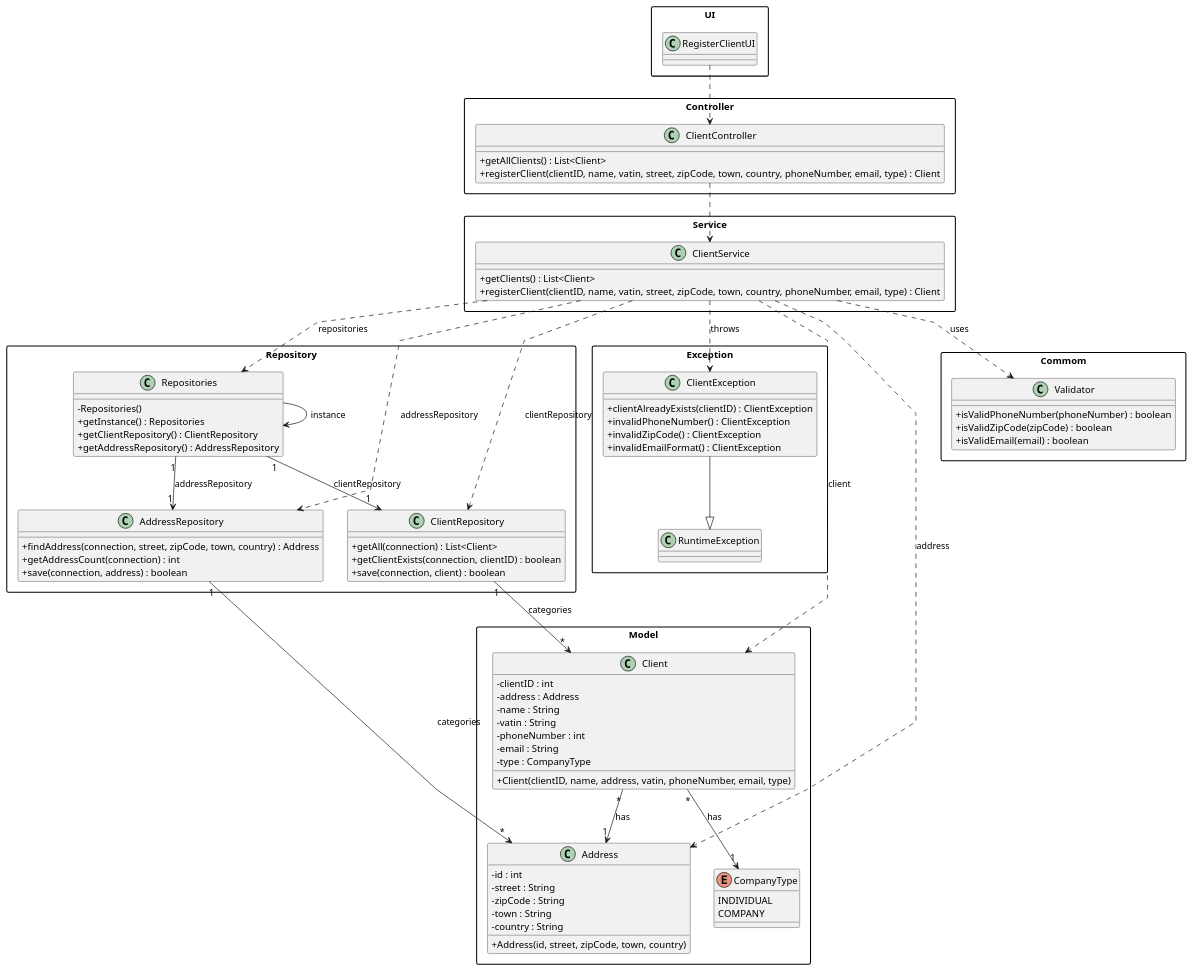
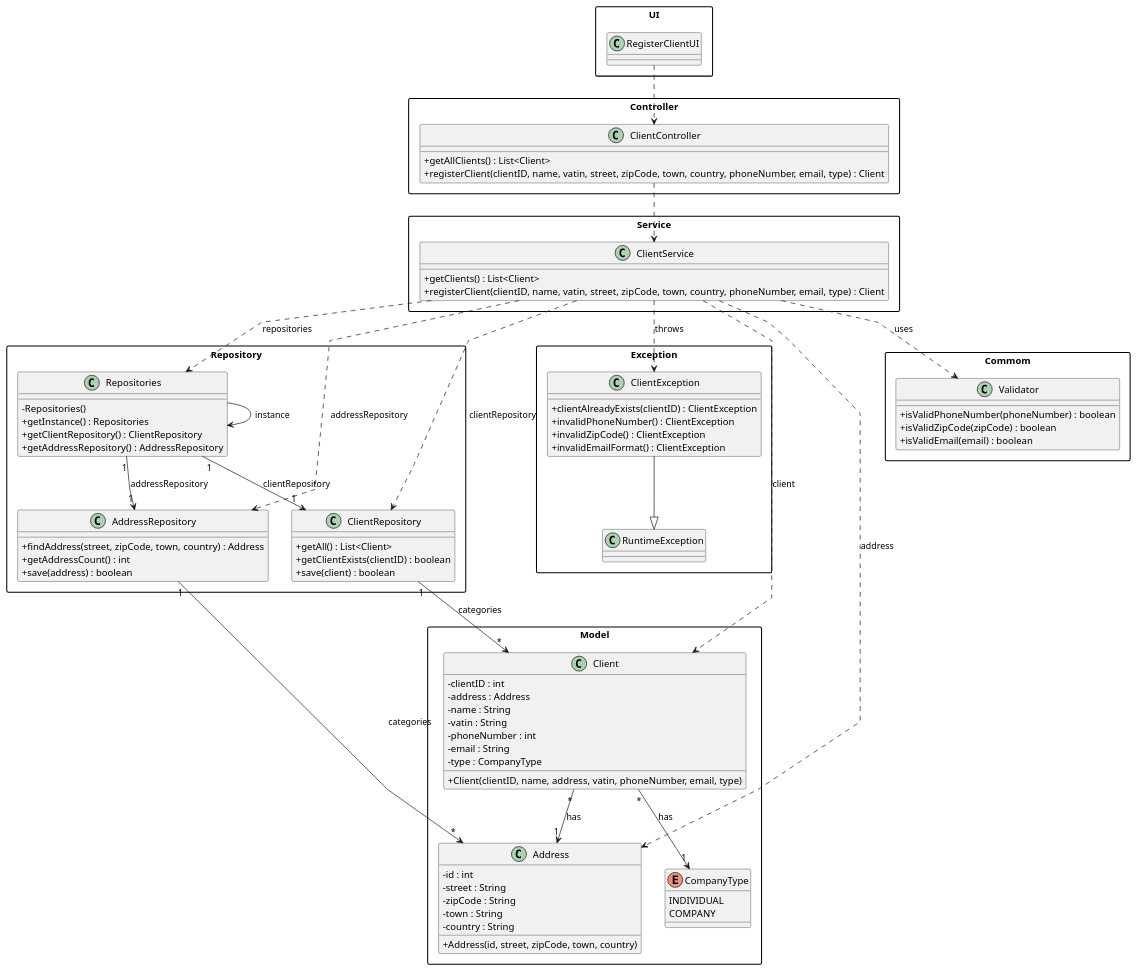
Before and after one commit to daniel41silva05/Production_Control_Industrial_ISEP: the diagram in documentation/user-stories/us001/03.design/puml/us001-class-diagram.puml, drawn with PlantUML. The commit also changed 7 other files, not shown here.

```diff
--- a/documentation/user-stories/us001/03.design/puml/us001-class-diagram.puml
+++ b/documentation/user-stories/us001/03.design/puml/us001-class-diagram.puml
@@ -1,112 +1,112 @@
 @startuml
 skinparam packageStyle rectangle
 skinparam shadowing false
 skinparam linetype polyline
 skinparam classAttributeIconSize 0
 
 package "UI" {
     class RegisterClientUI {
     }
 }
 
 package "Controller" {
     class ClientController {
         +getAllClients() : List<Client>
         +registerClient(clientID, name, vatin, street, zipCode, town, country, phoneNumber, email, type) : Client
     }
 }
 
 package "Service" {
     class ClientService {
         +getClients() : List<Client>
         +registerClient(clientID, name, vatin, street, zipCode, town, country, phoneNumber, email, type) : Client
     }
 }
 
 package "Repository" {
     class Repositories {
         -Repositories()
         +getInstance() : Repositories
         +getClientRepository() : ClientRepository
         +getAddressRepository() : AddressRepository
     }
 
     class ClientRepository {
-        +getAll(connection) : List<Client>
-        +getClientExists(connection, clientID) : boolean
-        +save(connection, client) : boolean
+        +getAll() : List<Client>
+        +getClientExists(clientID) : boolean
+        +save(client) : boolean
     }
 
     class AddressRepository {
-        +findAddress(connection, street, zipCode, town, country) : Address
-        +getAddressCount(connection) : int
-        +save(connection, address) : boolean
+        +findAddress(street, zipCode, town, country) : Address
+        +getAddressCount() : int
+        +save(address) : boolean
     }
 }
 
 package "Model" {
     class Client {
         -clientID : int
         -address : Address
         -name : String
         -vatin : String
         -phoneNumber : int
         -email : String
         -type : CompanyType
         +Client(clientID, name, address, vatin, phoneNumber, email, type)
     }
 
     class Address {
         -id : int
         -street : String
         -zipCode : String
         -town : String
         -country : String
         +Address(id, street, zipCode, town, country)
     }
 
     enum CompanyType {
         INDIVIDUAL
         COMPANY
     }
 }
 
 package "Exception" {
     class ClientException {
         +clientAlreadyExists(clientID) : ClientException
         +invalidPhoneNumber() : ClientException
         +invalidZipCode() : ClientException
         +invalidEmailFormat() : ClientException
     }
 
     class RuntimeException
 }
 
 package "Commom" {
     class Validator {
         +isValidPhoneNumber(phoneNumber) : boolean
         +isValidZipCode(zipCode) : boolean
         +isValidEmail(email) : boolean
     }
 }
 
 
 RegisterClientUI ..> ClientController
 ClientController ..> ClientService
 ClientService ..> Repositories : repositories
 ClientService ..> ClientRepository : clientRepository
 ClientService ..> AddressRepository : addressRepository
 ClientService ..> Client : client
 ClientService ..> Address : address
 Repositories --> Repositories : instance
 Repositories "1" --> "1" ClientRepository : clientRepository
 Repositories "1" --> "1" AddressRepository : addressRepository
 ClientRepository "1" --> "*" Client : categories
 AddressRepository "1" --> "*" Address : categories
 Client "*" --> "1" Address : has
 Client "*" --> "1" CompanyType : has
 ClientService ..> ClientException : throws
 ClientException --|> RuntimeException
 ClientService ..> Validator : uses
 
 @enduml
```
